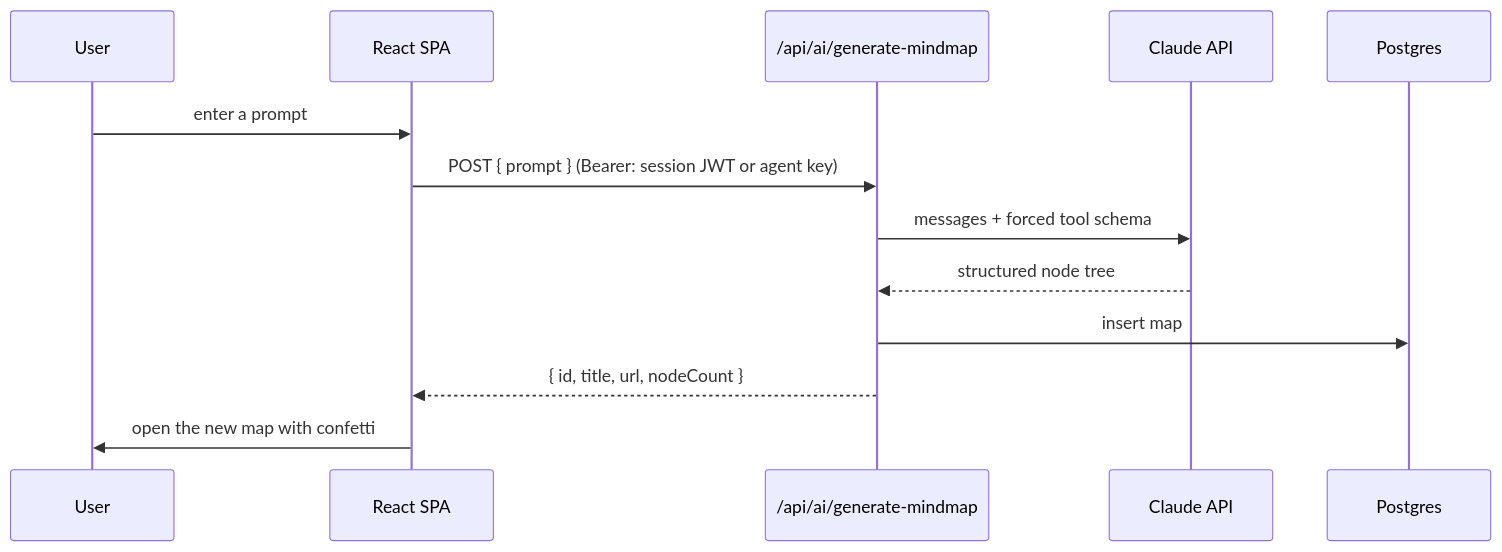
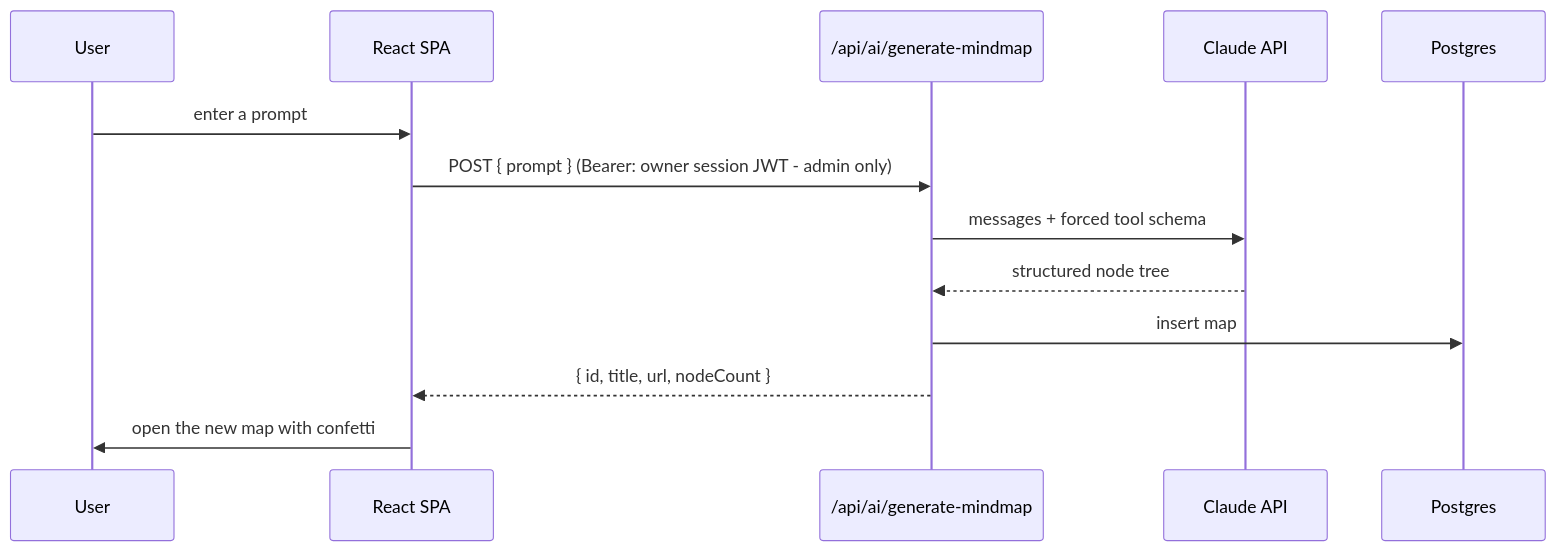
Before and after one commit to bunlongheng/mindmaps: the second of 2 diagrams in README.md, drawn with Mermaid. The commit also changed other lines of this file and 22 other files, not shown here.

First line of the commit message:
Harden the AI artifact API: render-only public endpoint, admin-only generate (#1)

````diff
--- a/README.md
+++ b/README.md
@@ -63,15 +63,15 @@
 ```mermaid
 sequenceDiagram
     participant U as User
     participant C as React SPA
     participant F as /api/ai/generate-mindmap
     participant A as Claude API
     participant DB as Postgres
     U->>C: enter a prompt
-    C->>F: POST { prompt } (Bearer: session JWT or agent key)
+    C->>F: POST { prompt } (Bearer: owner session JWT - admin only)
     F->>A: messages + forced tool schema
     A-->>F: structured node tree
     F->>DB: insert map
     F-->>C: { id, title, url, nodeCount }
     C->>U: open the new map with confetti
 ```
````
